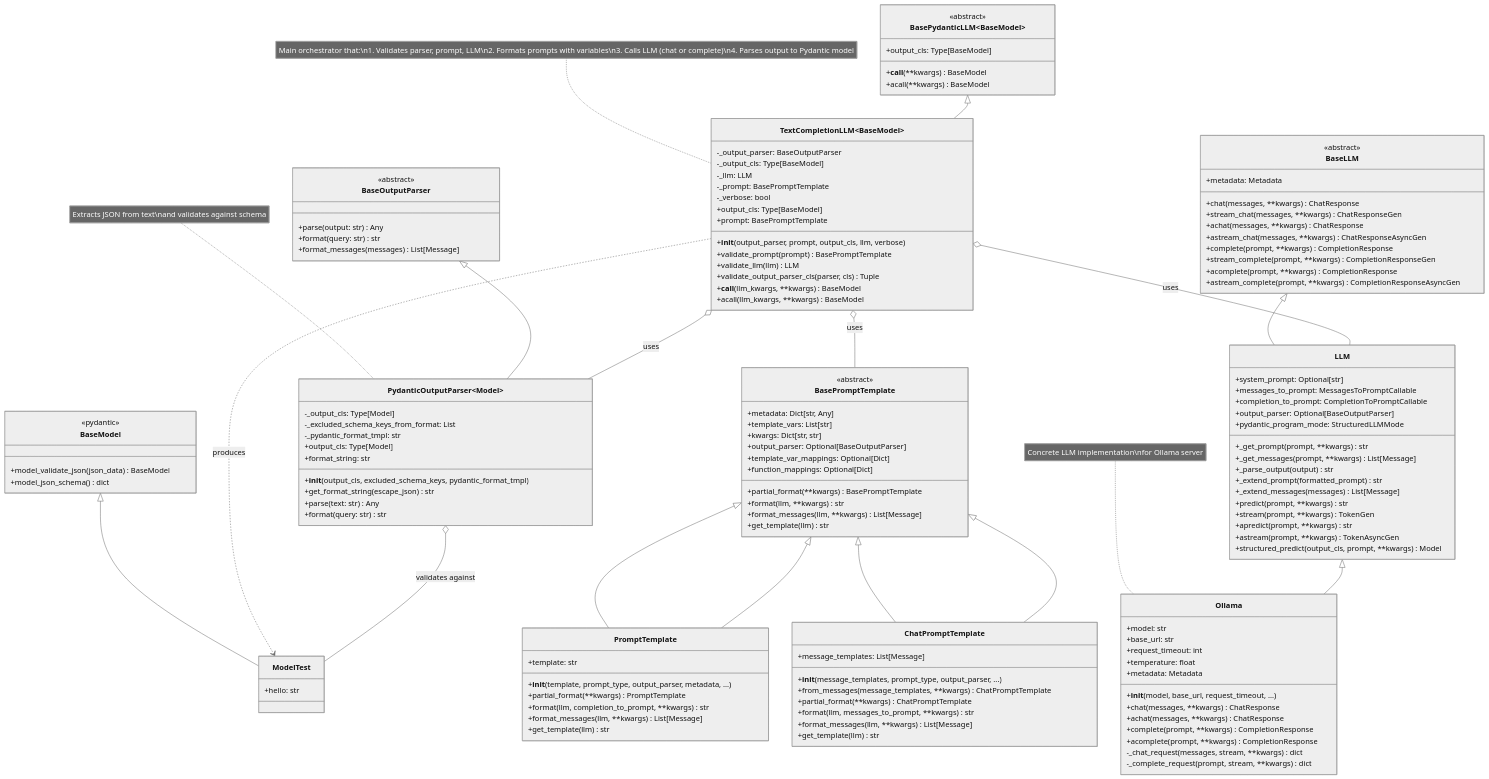
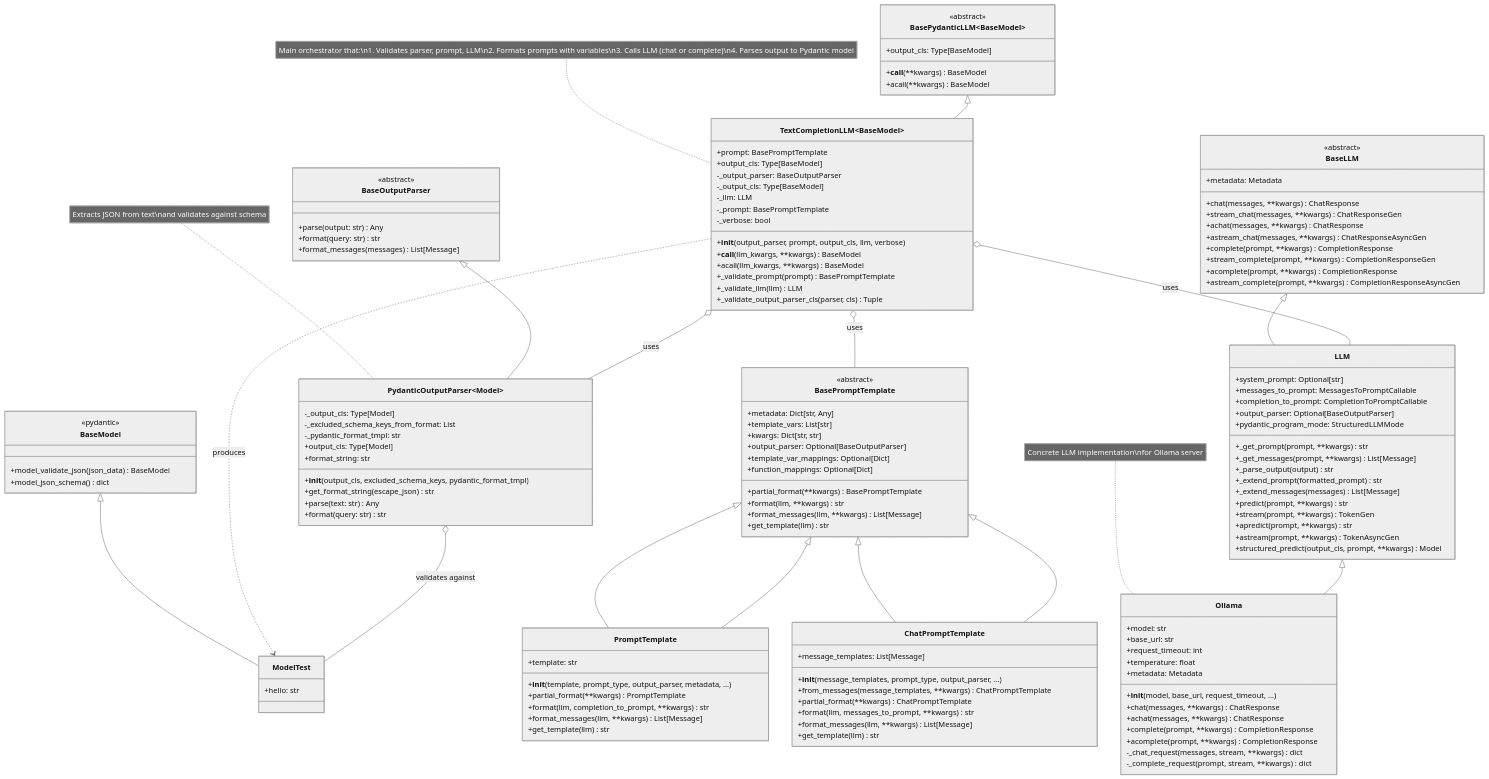
The diagram in docs/reference/structured_tools/text_completion_llm/text_completion_llm_class.md (Serapieum-of-alex/serapeum), drawn with Mermaid (neutral theme) before and after one commit.

Commit message:
update diagram

```diff
--- a/docs/reference/structured_tools/text_completion_llm/text_completion_llm_class.md
+++ b/docs/reference/structured_tools/text_completion_llm/text_completion_llm_class.md
@@ -12,19 +12,19 @@
     }
 
     class TextCompletionLLM~BaseModel~ {
+        +__init__(output_parser, prompt, output_cls, llm, verbose)
+        +prompt: BasePromptTemplate
+        +output_cls: Type[BaseModel]
+        +__call__(llm_kwargs, **kwargs) BaseModel
+        +acall(llm_kwargs, **kwargs) BaseModel
         -_output_parser: BaseOutputParser
         -_output_cls: Type[BaseModel]
         -_llm: LLM
         -_prompt: BasePromptTemplate
         -_verbose: bool
-        +__init__(output_parser, prompt, output_cls, llm, verbose)
-        +validate_prompt(prompt) BasePromptTemplate
-        +validate_llm(llm) LLM
-        +validate_output_parser_cls(parser, cls) Tuple
-        +output_cls: Type[BaseModel]
-        +prompt: BasePromptTemplate
-        +__call__(llm_kwargs, **kwargs) BaseModel
-        +acall(llm_kwargs, **kwargs) BaseModel
+        +_validate_prompt(prompt) BasePromptTemplate
+        +_validate_llm(llm) LLM
+        +_validate_output_parser_cls(parser, cls) Tuple
     }
 
     class BaseOutputParser {
```
